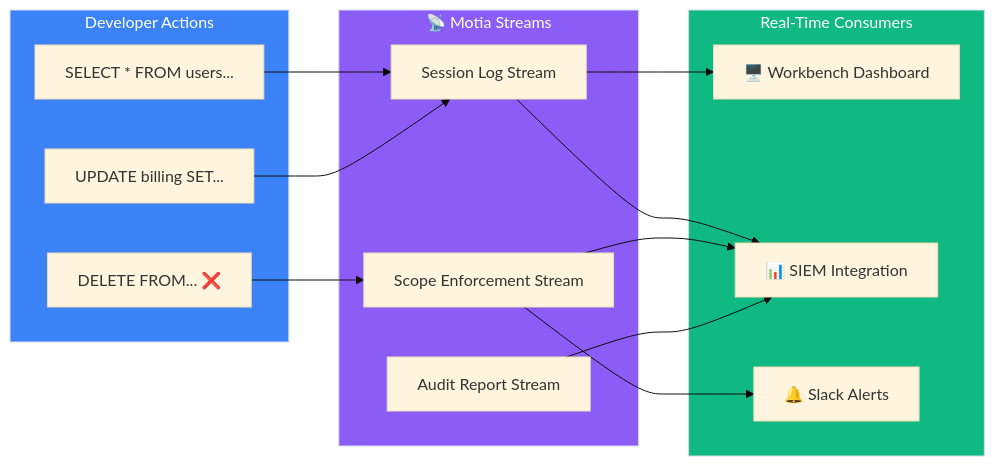
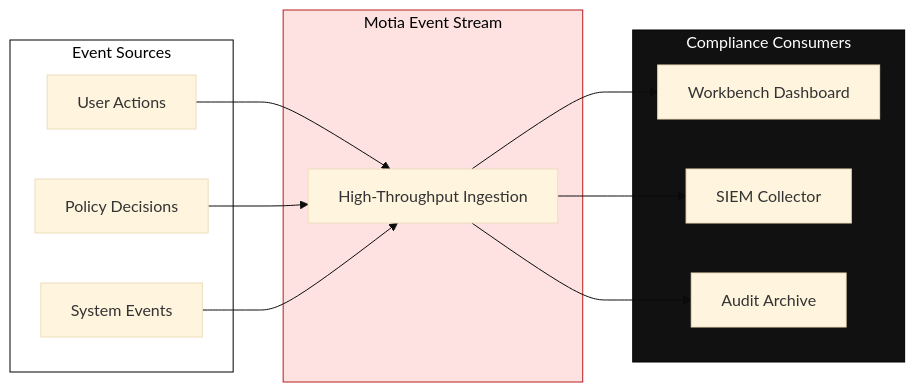
One commit to soumyacodes007/GlassKiss changed the fifth of 7 diagrams in README.md. Above: the diagram before and after it, drawn with Mermaid (base theme). The commit also changed other lines of this file, not shown here.

````diff
--- a/README.md
+++ b/README.md
@@ -283,31 +229,29 @@
 ```mermaid
 flowchart LR
-    subgraph Actions["Developer Actions"]
-        A1["SELECT * FROM users..."]
-        A2["UPDATE billing SET..."]
-        A3["DELETE FROM... ❌"]
+    subgraph Source["Event Sources"]
+        A[User Actions]
+        B[Policy Decisions]
+        C[System Events]
     end
 
-    subgraph Streams["📡 Motia Streams"]
-        S1[Session Log Stream]
-        S2[Scope Enforcement Stream]
-        S3[Audit Report Stream]
+    subgraph Stream["Motia Event Stream"]
+        D[High-Throughput Ingestion]
     end
 
-    subgraph Consumers["Real-Time Consumers"]
-        C1["🖥️ Workbench Dashboard"]
-        C2["📊 SIEM Integration"]
-        C3["🔔 Slack Alerts"]
+    subgraph Sinks["Compliance Consumers"]
+        E[Workbench Dashboard]
+        F[SIEM Collector]
+        G[Audit Archive]
     end
 
-    A1 --> S1 --> C1
-    A2 --> S1
-    A3 --> S2 --> C3
-    S1 --> C2
-    S2 --> C2
-    S3 --> C2
+    A --> D
+    B --> D
+    C --> D
+    D --> E
+    D --> F
+    D --> G
 
-    style Actions fill:#3b82f6,color:#fff
-    style Streams fill:#8b5cf6,color:#fff
-    style Consumers fill:#10b981,color:#fff
+    style Source fill:#fff,stroke:#000,color:#000
+    style Stream fill:#fee2e2,stroke:#b91c1c,color:#000
+    style Sinks fill:#111,stroke:#000,color:#fff
 ```
````
